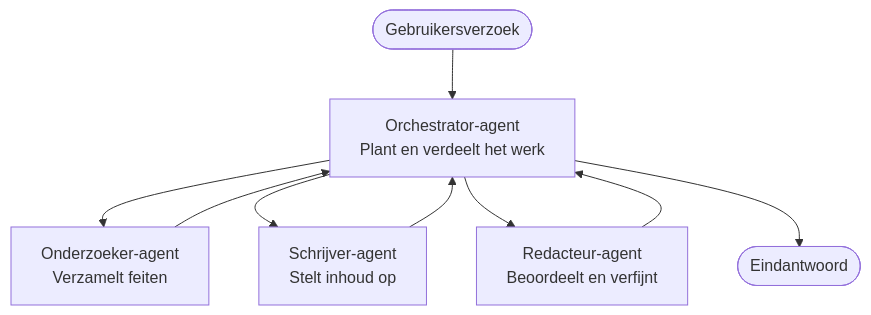
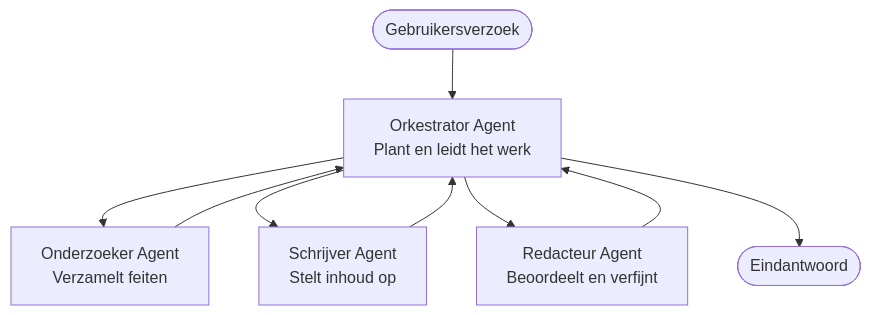
Before and after one commit to microsoft/AZD-for-beginners: the diagram in translations/nl/docs/chapter-05-multi-agent/multi-agent-basics.md, drawn with Mermaid. The commit also changed other lines of this file and 61 other files, not shown here.

````diff
--- a/translations/nl/docs/chapter-05-multi-agent/multi-agent-basics.md
+++ b/translations/nl/docs/chapter-05-multi-agent/multi-agent-basics.md
@@ -43,11 +43,11 @@
 ```mermaid
 graph TD
-    User([Gebruikersverzoek]) --> Orchestrator[Orchestrator-agent<br/>Plant en verdeelt het werk]
-    Orchestrator --> Researcher[Onderzoeker-agent<br/>Verzamelt feiten]
-    Orchestrator --> Writer[Schrijver-agent<br/>Stelt inhoud op]
-    Orchestrator --> Editor[Redacteur-agent<br/>Beoordeelt en verfijnt]
+    User([Gebruikersverzoek]) --> Orchestrator[Orkestrator Agent<br/>Plant en leidt het werk]
+    Orchestrator --> Researcher[Onderzoeker Agent<br/>Verzamelt feiten]
+    Orchestrator --> Writer[Schrijver Agent<br/>Stelt inhoud op]
+    Orchestrator --> Editor[Redacteur Agent<br/>Beoordeelt en verfijnt]
     Researcher --> Orchestrator
     Writer --> Orchestrator
     Editor --> Orchestrator
     Orchestrator --> Result([Eindantwoord])
 ```
````
